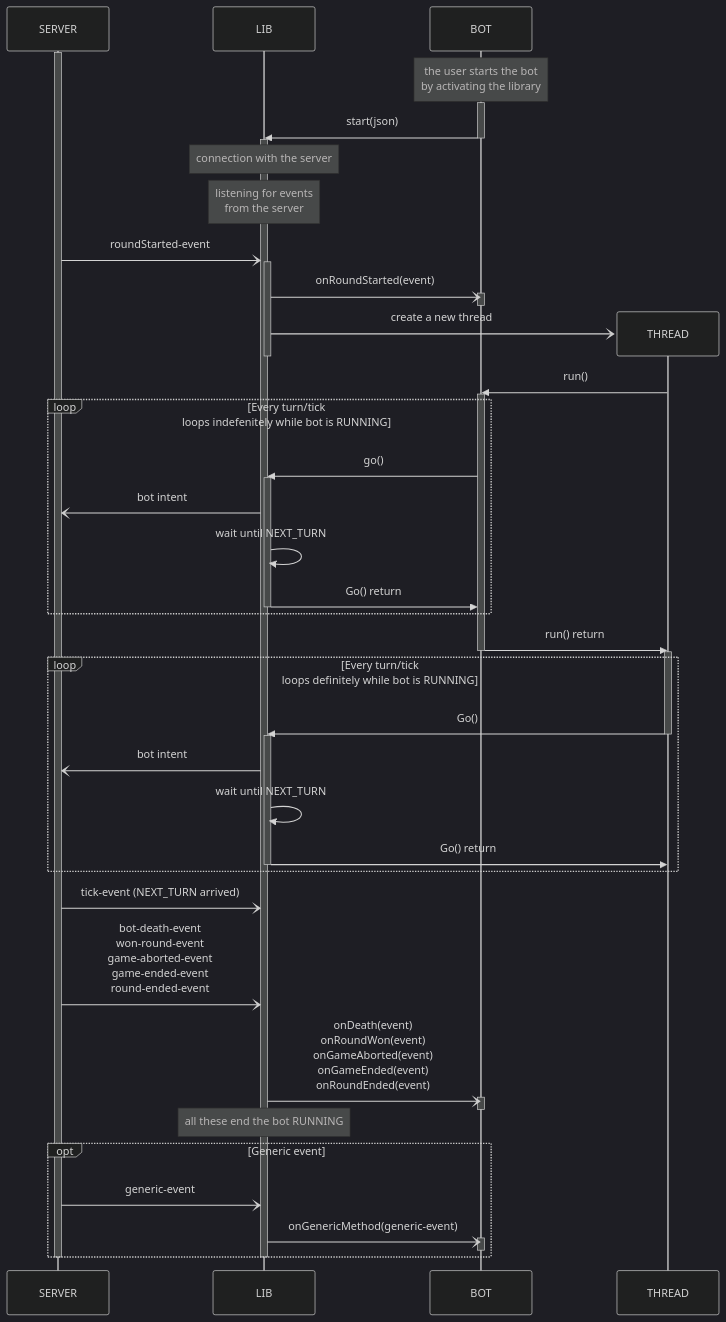
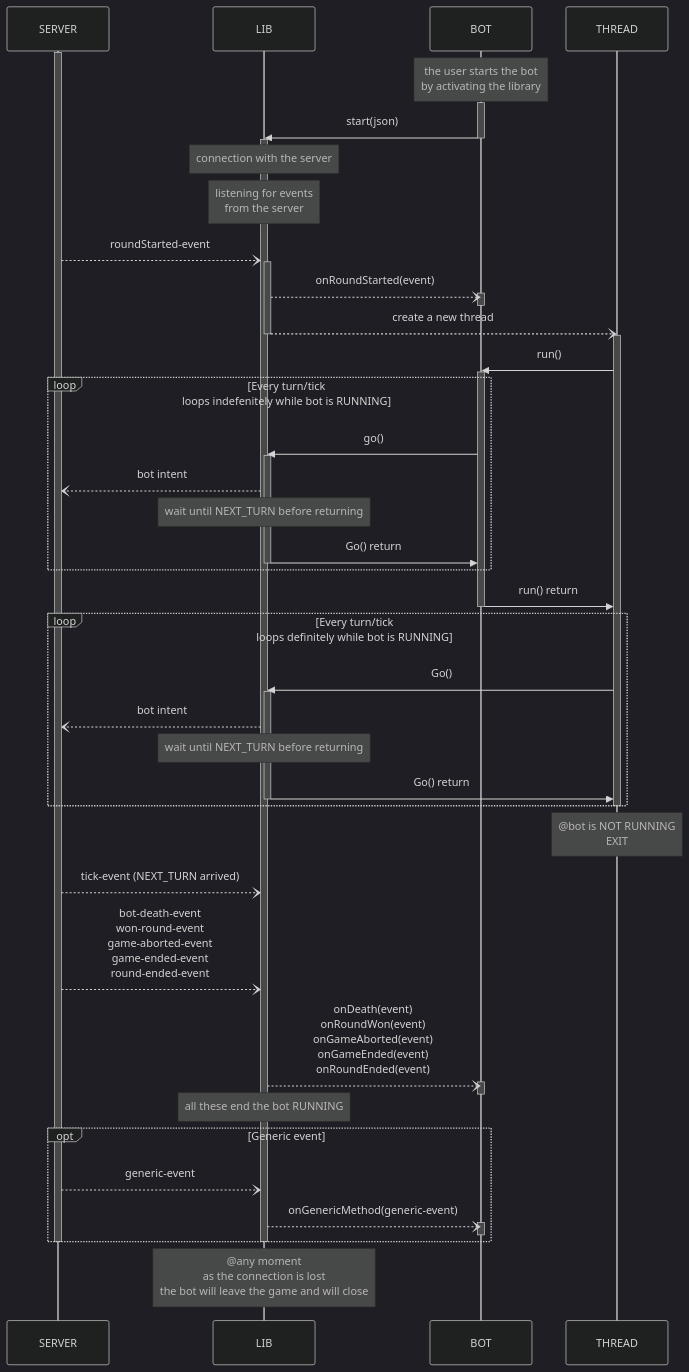
Before and after one commit to SirStone/RTR_nim_botApi2: the diagram in docs/multi-processes.md, drawn with Mermaid (dark theme).

Commit message:
fixed mermaid diagram for compatibility

````diff
--- a/docs/multi-processes.md
+++ b/docs/multi-processes.md
@@ -4,70 +4,73 @@
 ```mermaid
 sequenceDiagram
     participant SERVER
     participant LIB
     activate SERVER
     Note over BOT: the user starts the bot <br> by activating the library
     activate BOT
 
     BOT->>LIB: start(json)
     deactivate BOT
 
     activate LIB
     Note over LIB: connection with the server
     Note over LIB: listening for events <br> from the server
 
-    SERVER-)LIB: roundStarted-event
+    SERVER--)LIB: roundStarted-event
     activate LIB
 
-    LIB-)BOT: onRoundStarted(event)
+    LIB--)BOT: onRoundStarted(event)
     activate BOT
     deactivate BOT
 
-    create participant THREAD
-    LIB-)THREAD: create a new thread
+    LIB--)THREAD: create a new thread
     deactivate LIB
+    activate THREAD
 
     THREAD->>BOT: run()
     activate BOT
     
     loop Every turn/tick <br> loops indefenitely while bot is RUNNING
         BOT->>LIB:go()
         activate LIB
-        LIB-)SERVER: bot intent
-        LIB->>LIB: wait until NEXT_TURN
+        LIB--)SERVER: bot intent
+        Note over LIB: wait until NEXT_TURN before returning
         LIB->>BOT: Go() return
         deactivate LIB
     end
 
+
     BOT->>THREAD: run() return
     deactivate BOT
-    activate THREAD
 
     loop Every turn/tick <br> loops definitely while bot is RUNNING
         THREAD->>LIB: Go()
-        deactivate THREAD
         activate LIB
-        LIB-)SERVER: bot intent
-        LIB->>LIB: wait until NEXT_TURN
+        LIB--)SERVER: bot intent
+        Note over LIB: wait until NEXT_TURN before returning
         LIB->>THREAD: Go() return
         deactivate LIB
     end
+    deactivate THREAD    
+    Note over THREAD: @bot is NOT RUNNING<br>EXIT
 
-    SERVER-)LIB: tick-event (NEXT_TURN arrived)
+    SERVER--)LIB: tick-event (NEXT_TURN arrived)
 
-    SERVER-)LIB: bot-death-event <br> won-round-event <br> game-aborted-event <br> game-ended-event <br> round-ended-event
-    LIB-)BOT: onDeath(event) <br> onRoundWon(event) <br> onGameAborted(event) <br> onGameEnded(event) <br> onRoundEnded(event)
+    SERVER--)LIB: bot-death-event <br> won-round-event <br> game-aborted-event <br> game-ended-event <br> round-ended-event
+    LIB--)BOT: onDeath(event) <br> onRoundWon(event) <br> onGameAborted(event) <br> onGameEnded(event) <br> onRoundEnded(event)
     activate BOT
     deactivate BOT
     Note over LIB: all these end the bot RUNNING
-    
+
     opt Generic event
-        SERVER-)LIB: generic-event
-        LIB-)BOT: onGenericMethod(generic-event)
+        SERVER--)LIB: generic-event
+        LIB--)BOT: onGenericMethod(generic-event)
         activate BOT
     deactivate BOT
     end
 
     deactivate LIB
     deactivate SERVER
+
+    Note over LIB: @any moment<br>as the connection is lost<br>the bot will leave the game and will close
 ```
````
